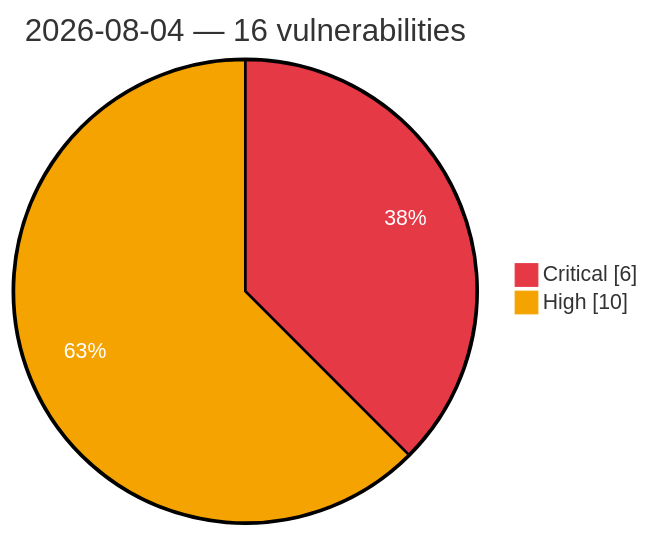
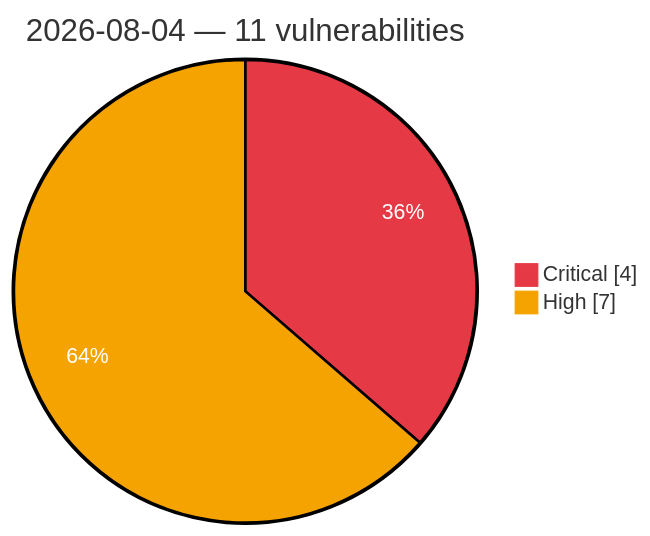
The diagram in vulnerabilities/2026-08-04.md (GhostX0X/vuln-tracker), drawn with Mermaid before and after one commit. The commit also changed other lines of this file and 2 other files, not shown here.

Commit message:
Auto update: critical/high vulns (2026-08-05 09:18 UTC)

````diff
--- a/vulnerabilities/2026-08-04.md
+++ b/vulnerabilities/2026-08-04.md
@@ -3,7 +3,7 @@
 ```mermaid
 %%{init: {'theme':'base', 'themeVariables': {'pie1':'#e63946', 'pie2':'#f4a300', 'pieOpacity':'1', 'pieOuterStrokeWidth':'2px', 'pieSectionTextColor':'#ffffff'}}}%%
 pie showData
-    title 2026-08-04 — 16 vulnerabilities
-    "Critical" : 6
-    "High" : 10
+    title 2026-08-04 — 11 vulnerabilities
+    "Critical" : 4
+    "High" : 7
 ```
````
